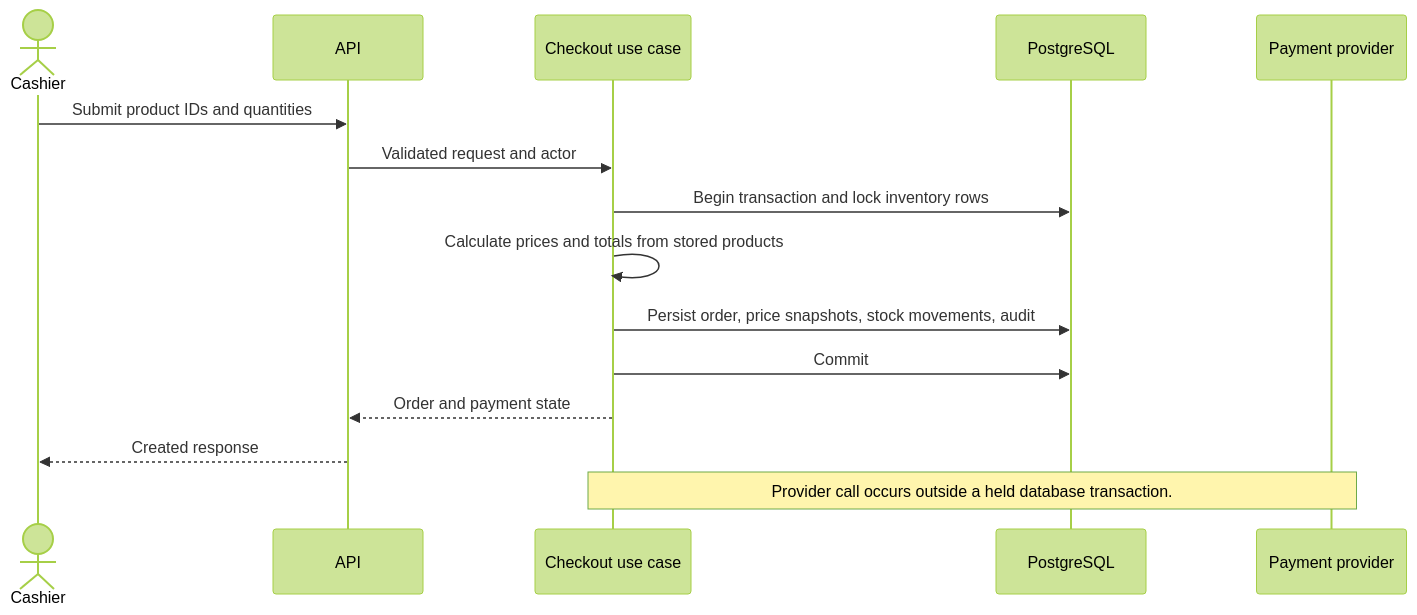
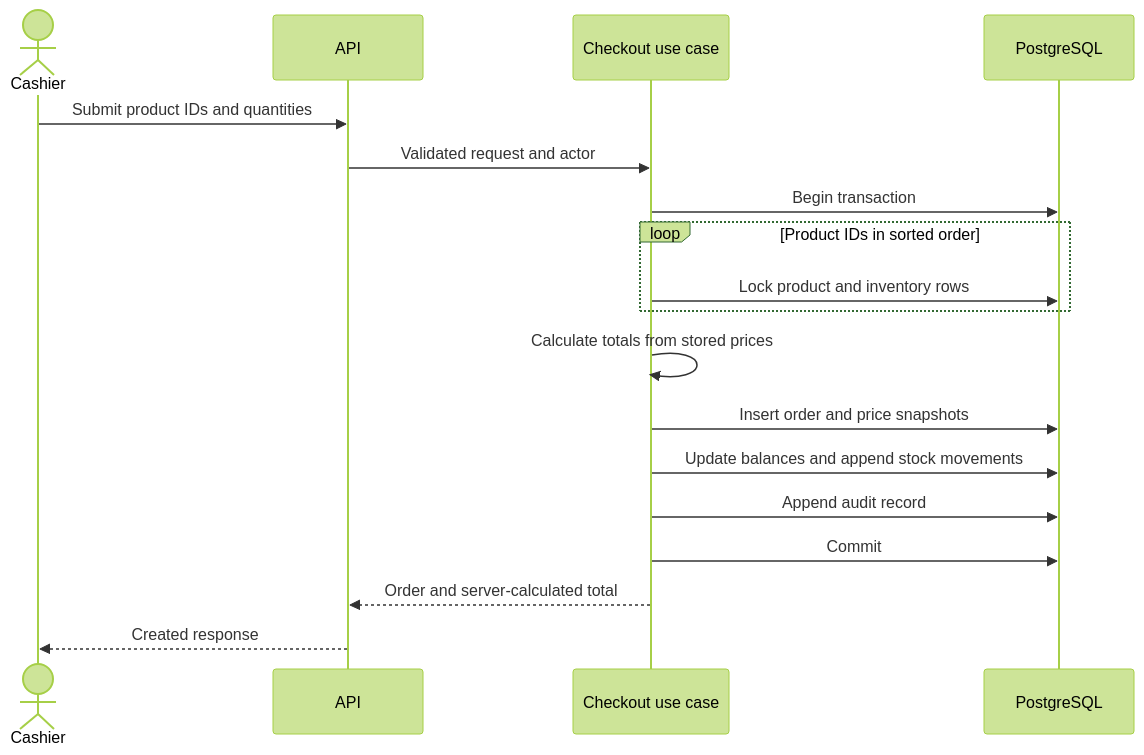
Before and after one commit to luqmanulhakimdev/pos-system: the diagram in docs/sequence-checkout.md, drawn with Mermaid (forest theme). The commit also changed other lines of this file and 6 other files, not shown here.

Commit message:
feat: record stock adjustments transactionally

````diff
--- a/docs/sequence-checkout.md
+++ b/docs/sequence-checkout.md
@@ -3,17 +5,20 @@
 ```mermaid
 sequenceDiagram
   actor Cashier
   participant API
   participant Checkout as Checkout use case
   participant DB as PostgreSQL
-  participant Provider as Payment provider
   Cashier->>API: Submit product IDs and quantities
   API->>Checkout: Validated request and actor
-  Checkout->>DB: Begin transaction and lock inventory rows
-  Checkout->>Checkout: Calculate prices and totals from stored products
-  Checkout->>DB: Persist order, price snapshots, stock movements, audit
+  Checkout->>DB: Begin transaction
+  loop Product IDs in sorted order
+    Checkout->>DB: Lock product and inventory rows
+  end
+  Checkout->>Checkout: Calculate totals from stored prices
+  Checkout->>DB: Insert order and price snapshots
+  Checkout->>DB: Update balances and append stock movements
+  Checkout->>DB: Append audit record
   Checkout->>DB: Commit
-  Checkout-->>API: Order and payment state
+  Checkout-->>API: Order and server-calculated total
   API-->>Cashier: Created response
-  Note over Checkout,Provider: Provider call occurs outside a held database transaction.
 ```
````
